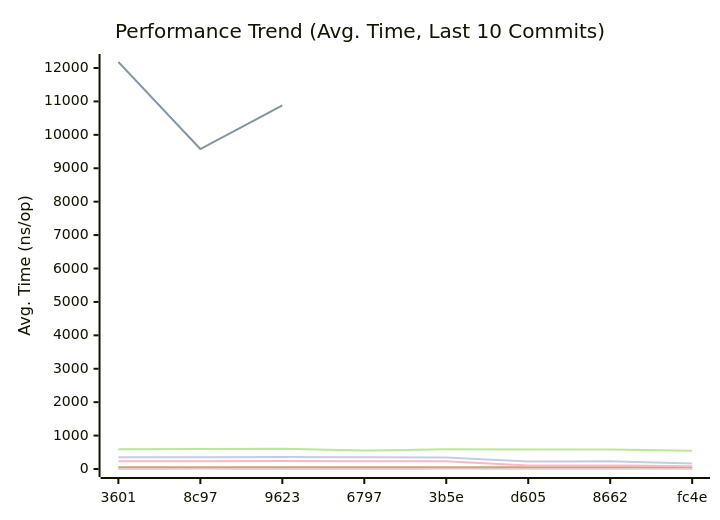
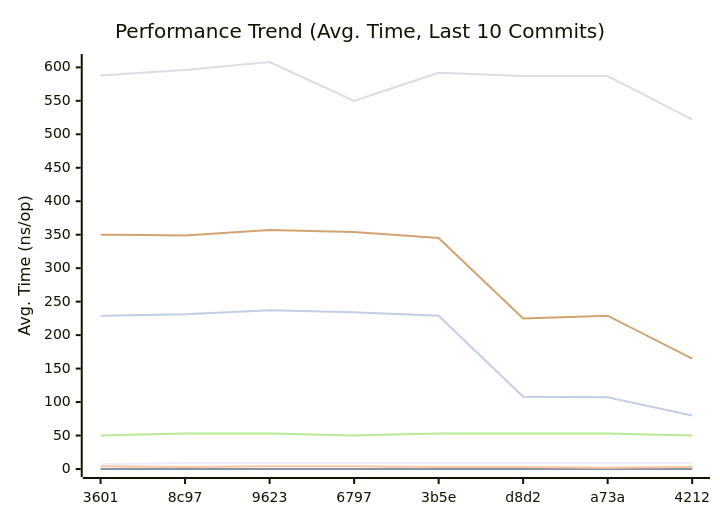
One commit to alsotoes/momo changed the first of 3 diagrams in docs/README.md. Above: the diagram before and after it, drawn with Mermaid. The commit also changed other lines of this file and 9 other files, not shown here.

````diff
--- a/docs/README.md
+++ b/docs/README.md
@@ -307,15 +303,14 @@
 ```mermaid
 xychart-beta
     title "Performance Trend (Avg. Time, Last 10 Commits)"
     x-axis "Commit"
     y-axis "Avg. Time (ns/op)"
-    x-axis [3601,8c97,9623,6797,3b5e,d605,8662,fc4e]
-    line "CheckMetricsAndSwap" [7,9,9,9,9,9,9,9,7,9]
-    line "HashFile" [12180,9576,10879]
+    x-axis [3601,8c97,9623,6797,3b5e,d8d2,a73a,4212]
+    line "CheckMetricsAndSwap" [7,9,9,9,9,9,9,9,9,7]
     line "IndexDirectTracking" [0,0,0,0,0,0,0,0,0,0]
-    line "IndexSearch" [4,3,4,4,3,3,2,3,2,2]
-    line "LoadGlobalConfig" [588,596,608,550,592,587,587,546,426,596]
-    line "PadString" [50,53,53,50,53,53,53,53,40,54]
+    line "IndexSearch" [4,3,4,4,3,3,2,3,3,2]
+    line "LoadGlobalConfig" [588,596,608,550,592,587,587,522,529,427]
+    line "PadString" [50,53,53,50,53,53,53,50,50,40]
     line "ParseReplicationOrder_NoPrealloc" [350,349,357,354,345,225,229,165,232,234]
     line "ParseReplicationOrder_Prealloc" [229,231,237,234,229,108,107,80,110,109]
 ```
````
